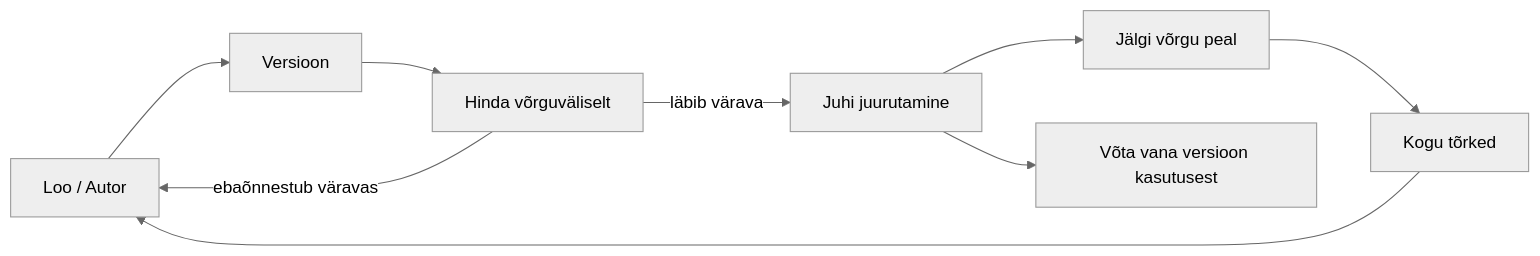
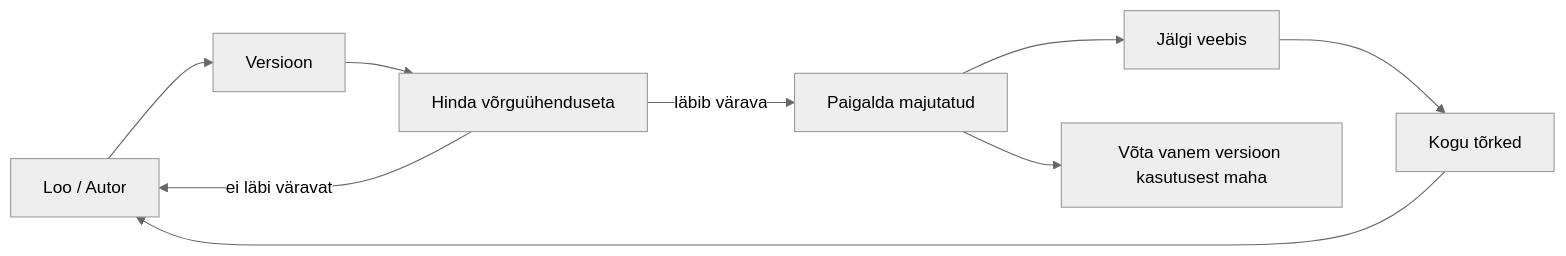
The second of 4 diagrams in mirrors/repos/microsoft@ai-agents-for-beginners/translations/et/16-deploying-scalable-agents/README.md (gabrielmoreira/agent-skills-mirror), drawn with Mermaid (neutral theme) before and after one commit. The commit also changed other lines of this file and 3581 other files, not shown here.

````diff
--- a/mirrors/repos/microsoft@ai-agents-for-beginners/translations/et/16-deploying-scalable-agents/README.md
+++ b/mirrors/repos/microsoft@ai-agents-for-beginners/translations/et/16-deploying-scalable-agents/README.md
@@ -108,11 +108,11 @@
 ```mermaid
 flowchart LR
     Create[Loo / Autor] --> Version[Versioon]
-    Version --> Evaluate[Hinda võrguväliselt]
-    Evaluate -->|läbib värava| Deploy[Juhi juurutamine]
-    Evaluate -->|ebaõnnestub väravas| Create
-    Deploy --> Observe[Jälgi võrgu peal]
+    Version --> Evaluate[Hinda võrguühenduseta]
+    Evaluate -->|läbib värava| Deploy[Paigalda majutatud]
+    Evaluate -->|ei läbi väravat| Create
+    Deploy --> Observe[Jälgi veebis]
     Observe --> Improve[Kogu tõrked]
     Improve --> Create
-    Deploy --> Retire[Võta vana versioon kasutusest]
+    Deploy --> Retire[Võta vanem versioon kasutusest maha]
 ```
````
